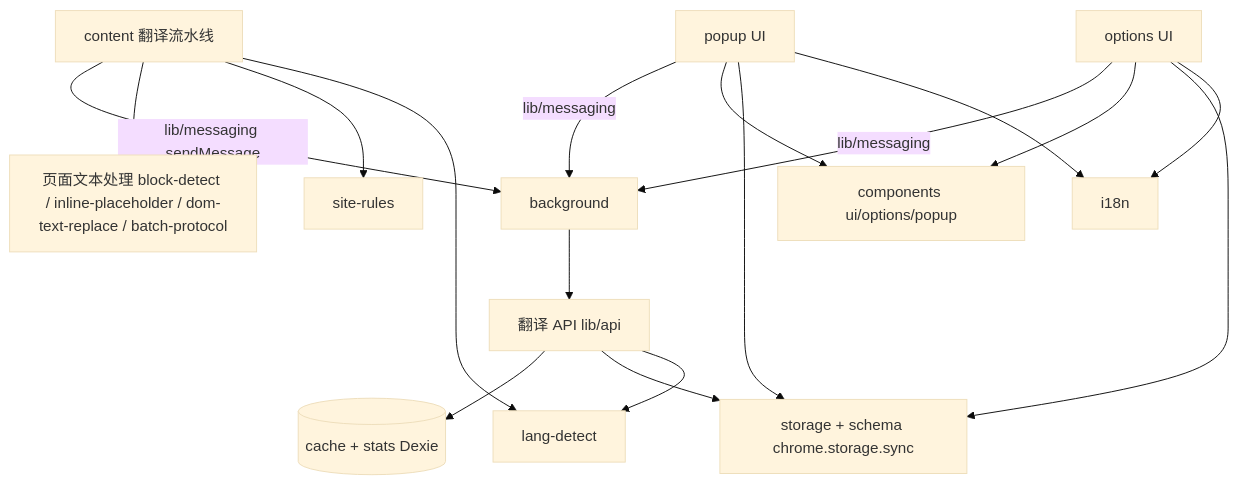
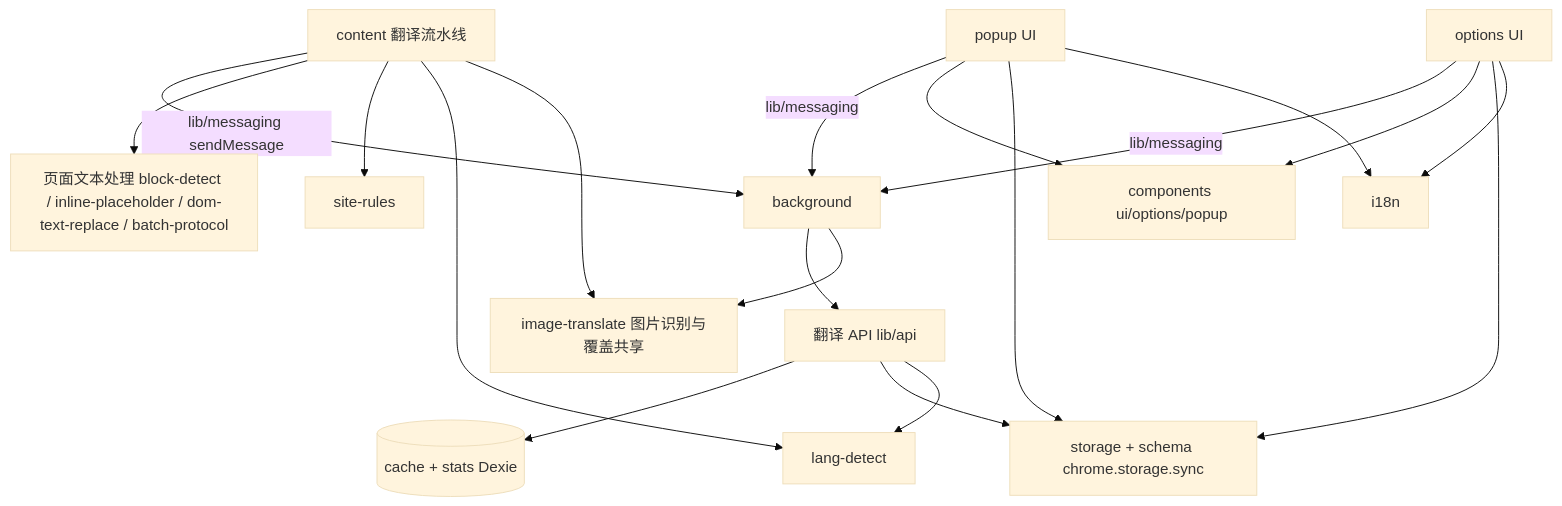
Before and after one commit to HodgeWen/translator: the diagram in .agents/docs/CODE-MAP.md, drawn with Mermaid (base theme). The commit also changed other lines of this file and 6 other files, not shown here.

First line of the commit message:
feat(image-translate): 视觉识别请求、结果解析与模型降级

````diff
--- a/.agents/docs/CODE-MAP.md
+++ b/.agents/docs/CODE-MAP.md
@@ -50,19 +52,21 @@
 ```mermaid
 graph TD
     content[content 翻译流水线] -->|lib/messaging sendMessage| background[background]
     popup[popup UI] -->|lib/messaging| background
     options[options UI] -->|lib/messaging| background
     content --> textproc[页面文本处理 block-detect / inline-placeholder / dom-text-replace / batch-protocol]
     content --> siterules[site-rules]
     content --> langdetect[lang-detect]
+    content --> imagetranslate[image-translate 图片识别与覆盖共享]
     background --> api[翻译 API lib/api]
+    background --> imagetranslate
     popup --> uicomp[components ui/options/popup]
     options --> uicomp
     api --> cache[(cache + stats Dexie)]
     api --> storage[storage + schema chrome.storage.sync]
     api --> langdetect[lang-detect]
     popup --> storage
     options --> storage
     popup --> i18n[i18n]
     options --> i18n
 ```
````
